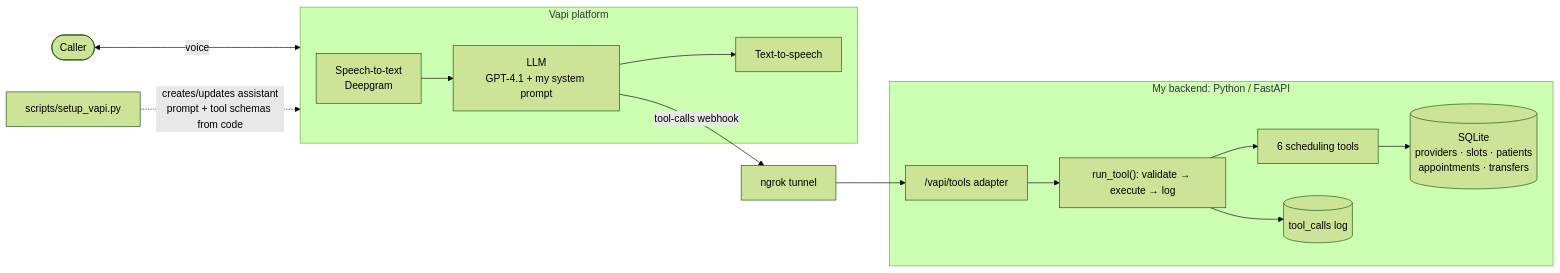
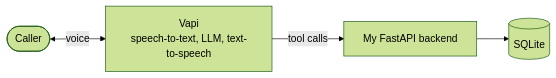
The diagram in README.md (parbonichattopadhyay/clinic-voice-receptionist), drawn with Mermaid (forest theme) before and after one commit. The commit also changed other lines of this file and 1 other file, not shown here.

````diff
--- a/README.md
+++ b/README.md
@@ -23,21 +11,6 @@
 ```mermaid
 flowchart LR
-    caller([Caller]) <-->|voice| vapi
-
-    subgraph vapi[Vapi platform]
-        stt[Speech-to-text<br/>Deepgram] --> llm[LLM<br/>GPT-4.1 + my system prompt]
-        llm --> tts[Text-to-speech]
-    end
-
-    llm -->|tool-calls webhook| ngrok[ngrok tunnel]
-    ngrok --> api
-
-    subgraph mine[My backend: Python / FastAPI]
-        api["/vapi/tools adapter"] --> run["run_tool(): validate → execute → log"]
-        run --> tools[6 scheduling tools]
-        tools --> db[(SQLite<br/>providers · slots · patients<br/>appointments · transfers)]
-        run --> log[(tool_calls log)]
-    end
-
-    setup[scripts/setup_vapi.py] -.->|creates/updates assistant<br/>prompt + tool schemas from code| vapi
+    caller([Caller]) <-->|voice| vapi[Vapi<br/>speech-to-text, LLM, text-to-speech]
+    vapi -->|tool calls| api[My FastAPI backend]
+    api --> db[(SQLite)]
 ```
````
